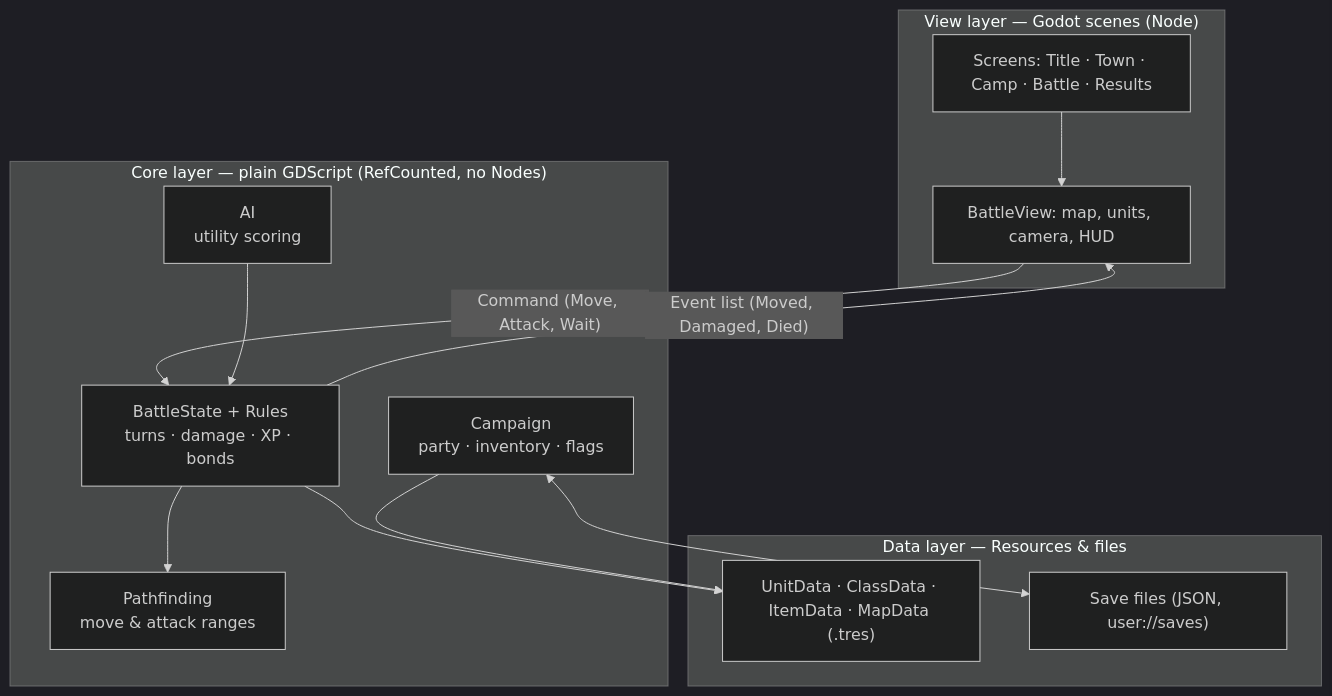
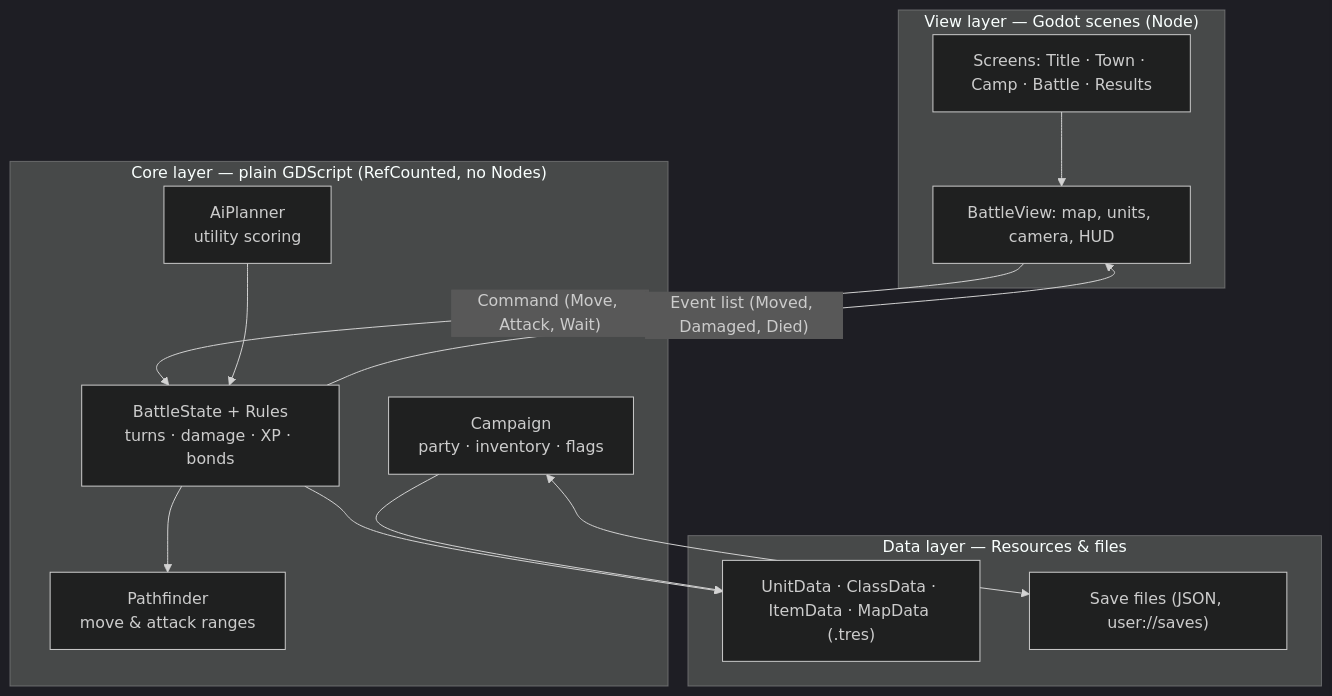
Before and after one commit to yennanliu/ShiningForceTest: the first of 2 diagrams in doc/software-architecture.md, drawn with Mermaid (dark theme). The commit also changed other lines of this file, not shown here.

First line of the commit message:
Expand architecture doc: project structure, interfaces/IO, e2e run

````diff
--- a/doc/software-architecture.md
+++ b/doc/software-architecture.md
@@ -30,28 +32,28 @@
 ```mermaid
 flowchart TD
     subgraph View["View layer — Godot scenes (Node)"]
         Screens["Screens: Title · Town · Camp · Battle · Results"]
         BattleView["BattleView: map, units, camera, HUD"]
     end
 
     subgraph Core["Core layer — plain GDScript (RefCounted, no Nodes)"]
         Battle["BattleState + Rules<br/>turns · damage · XP · bonds"]
-        Path["Pathfinding<br/>move & attack ranges"]
-        AI["AI<br/>utility scoring"]
+        Path["Pathfinder<br/>move & attack ranges"]
+        AI["AiPlanner<br/>utility scoring"]
         Campaign["Campaign<br/>party · inventory · flags"]
     end
 
     subgraph Data["Data layer — Resources & files"]
         Res["UnitData · ClassData · ItemData · MapData (.tres)"]
         Save["Save files (JSON, user://saves)"]
     end
 
     Screens --> BattleView
     BattleView -- "Command (Move, Attack, Wait)" --> Battle
     Battle -- "Event list (Moved, Damaged, Died)" --> BattleView
     Battle --> Path
     AI --> Battle
     Battle --> Res
     Campaign --> Res
     Campaign <--> Save
 ```
````
